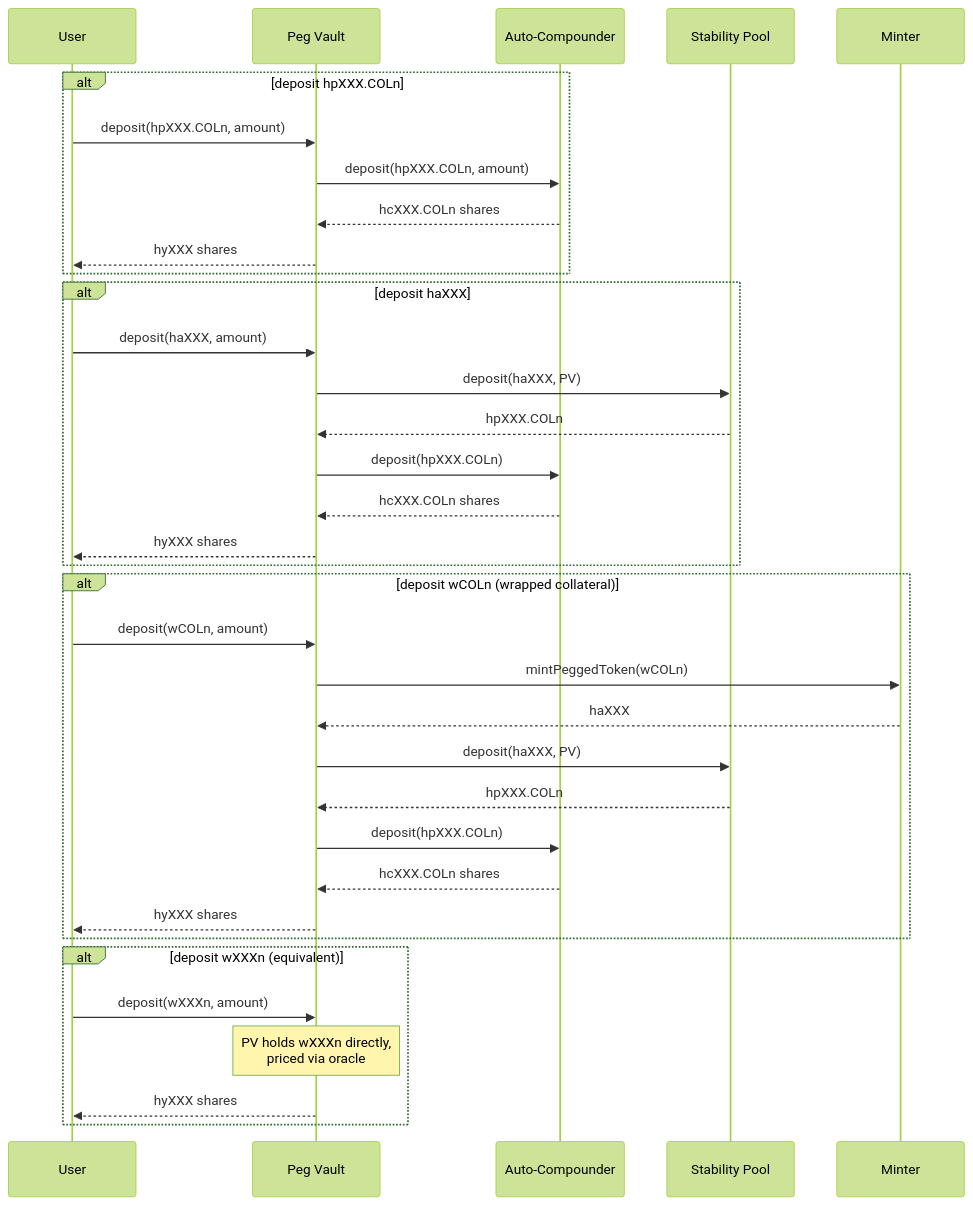
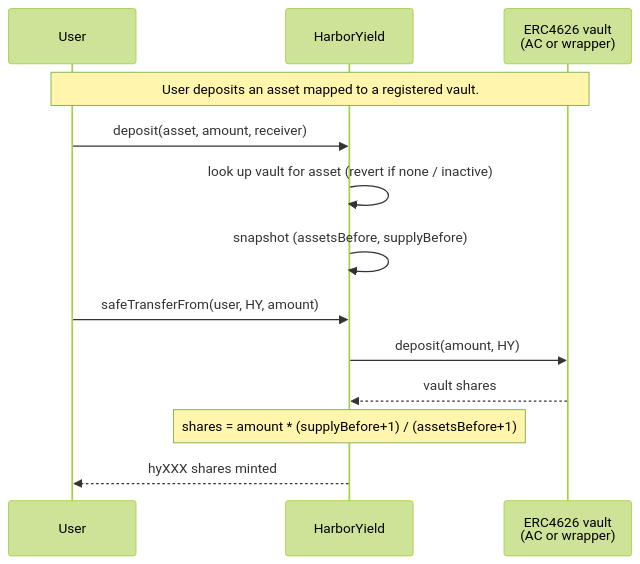
One commit to baofinance/harbor changed the sixth of 9 diagrams in doc/ideas/autocompounding-vault-design.md. Above: the diagram before and after it, drawn with Mermaid (forest theme). The commit also changed other lines of this file, not shown here.

First line of the commit message:
update autocompounding vault design doc to match shipped state

````diff
--- a/doc/ideas/autocompounding-vault-design.md
+++ b/doc/ideas/autocompounding-vault-design.md
@@ -217,41 +232,17 @@
 ```mermaid
 sequenceDiagram
     participant User
-    participant PV as Peg Vault
-    participant AC as Auto-Compounder
-    participant SP as Stability Pool
-    participant Minter
+    participant HY as HarborYield
+    participant Vault as ERC4626 vault<br/>(AC or wrapper)
 
-    alt deposit hpXXX.COLn
-        User->>PV: deposit(hpXXX.COLn, amount)
-        PV->>AC: deposit(hpXXX.COLn, amount)
-        AC-->>PV: hcXXX.COLn shares
-        PV-->>User: hyXXX shares
-    end
+    Note over User,Vault: User deposits an asset mapped to a registered vault.
 
-    alt deposit haXXX
-        User->>PV: deposit(haXXX, amount)
-        PV->>SP: deposit(haXXX, PV)
-        SP-->>PV: hpXXX.COLn
-        PV->>AC: deposit(hpXXX.COLn)
-        AC-->>PV: hcXXX.COLn shares
-        PV-->>User: hyXXX shares
-    end
-
-    alt deposit wCOLn (wrapped collateral)
-        User->>PV: deposit(wCOLn, amount)
-        PV->>Minter: mintPeggedToken(wCOLn)
-        Minter-->>PV: haXXX
-        PV->>SP: deposit(haXXX, PV)
-        SP-->>PV: hpXXX.COLn
-        PV->>AC: deposit(hpXXX.COLn)
-        AC-->>PV: hcXXX.COLn shares
-        PV-->>User: hyXXX shares
-    end
-
-    alt deposit wXXXn (equivalent)
-        User->>PV: deposit(wXXXn, amount)
-        Note over PV: PV holds wXXXn directly,<br/>priced via oracle
-        PV-->>User: hyXXX shares
-    end
+    User->>HY: deposit(asset, amount, receiver)
+    HY->>HY: look up vault for asset (revert if none / inactive)
+    HY->>HY: snapshot (assetsBefore, supplyBefore)
+    User->>HY: safeTransferFrom(user, HY, amount)
+    HY->>Vault: deposit(amount, HY)
+    Vault-->>HY: vault shares
+    Note over HY: shares = amount * (supplyBefore+1) / (assetsBefore+1)
+    HY-->>User: hyXXX shares minted
 ```
````
